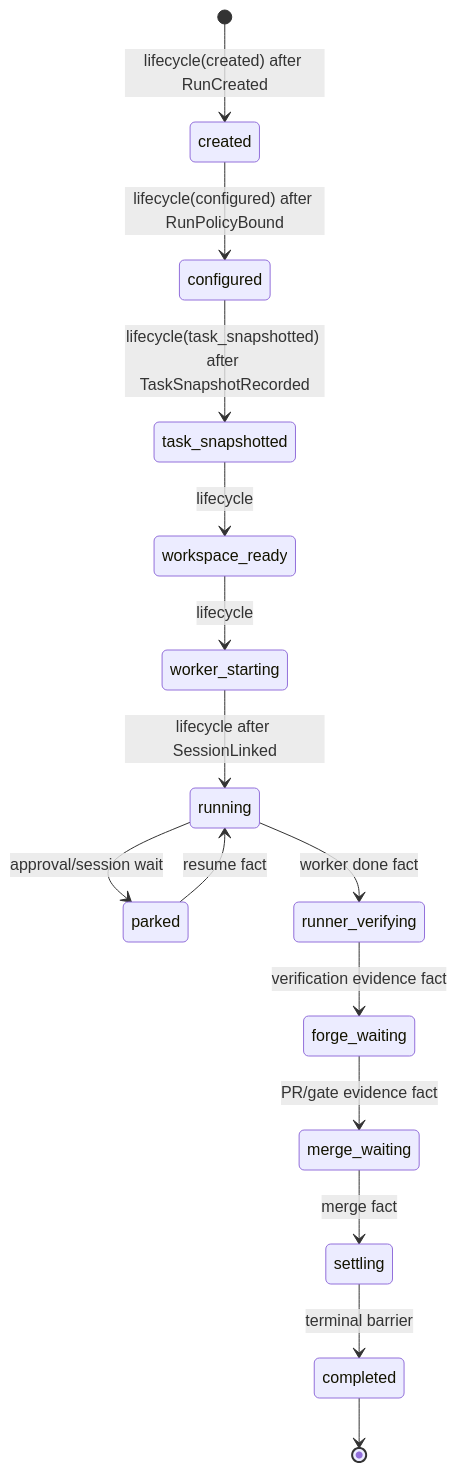
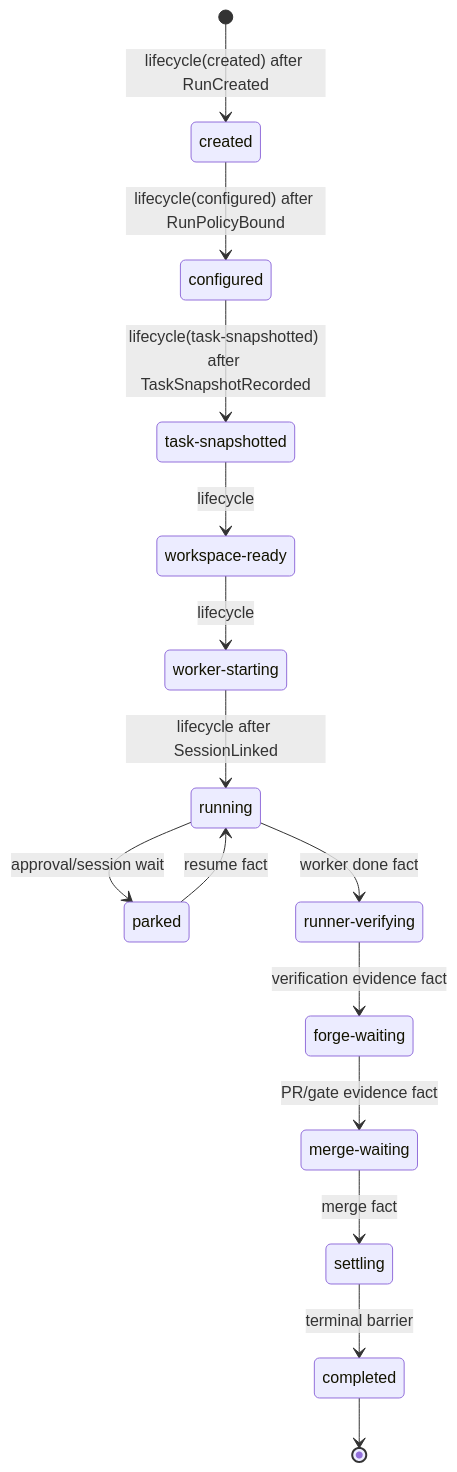
One commit to aryeko/agentic-workflow-kit changed the second of 2 diagrams in docs/design/domains/core/core-01-run-lifecycle-and-state/README.md. Above: the diagram before and after it, drawn with Mermaid. The commit also changed other lines of this file and 19 other files, not shown here.

````diff
--- a/docs/design/domains/core/core-01-run-lifecycle-and-state/README.md
+++ b/docs/design/domains/core/core-01-run-lifecycle-and-state/README.md
@@ -181,17 +181,29 @@
 ```mermaid
 stateDiagram-v2
-  [*] --> created: lifecycle(created) after RunCreated
-  created --> configured: lifecycle(configured) after RunPolicyBound
-  configured --> task_snapshotted: lifecycle(task_snapshotted) after TaskSnapshotRecorded
-  task_snapshotted --> workspace_ready: lifecycle
-  workspace_ready --> worker_starting: lifecycle
-  worker_starting --> running: lifecycle after SessionLinked
-  running --> parked: approval/session wait
-  parked --> running: resume fact
-  running --> runner_verifying: worker done fact
-  runner_verifying --> forge_waiting: verification evidence fact
-  forge_waiting --> merge_waiting: PR/gate evidence fact
-  merge_waiting --> settling: merge fact
-  settling --> completed: terminal barrier
-  completed --> [*]
+  state "created" as Created
+  state "configured" as Configured
+  state "task-snapshotted" as TaskSnapshotted
+  state "workspace-ready" as WorkspaceReady
+  state "worker-starting" as WorkerStarting
+  state "running" as Running
+  state "parked" as Parked
+  state "runner-verifying" as RunnerVerifying
+  state "forge-waiting" as ForgeWaiting
+  state "merge-waiting" as MergeWaiting
+  state "settling" as Settling
+  state "completed" as Completed
+  [*] --> Created: lifecycle(created) after RunCreated
+  Created --> Configured: lifecycle(configured) after RunPolicyBound
+  Configured --> TaskSnapshotted: lifecycle(task-snapshotted) after TaskSnapshotRecorded
+  TaskSnapshotted --> WorkspaceReady: lifecycle
+  WorkspaceReady --> WorkerStarting: lifecycle
+  WorkerStarting --> Running: lifecycle after SessionLinked
+  Running --> Parked: approval/session wait
+  Parked --> Running: resume fact
+  Running --> RunnerVerifying: worker done fact
+  RunnerVerifying --> ForgeWaiting: verification evidence fact
+  ForgeWaiting --> MergeWaiting: PR/gate evidence fact
+  MergeWaiting --> Settling: merge fact
+  Settling --> Completed: terminal barrier
+  Completed --> [*]
 ```
````
